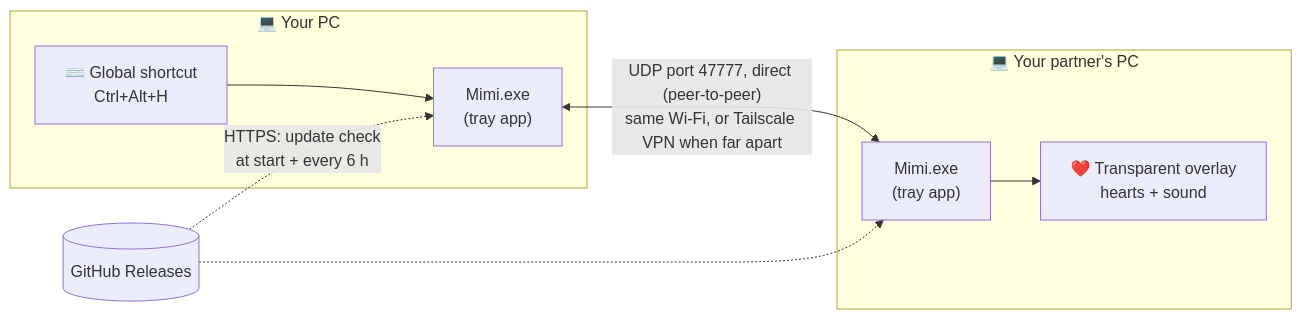
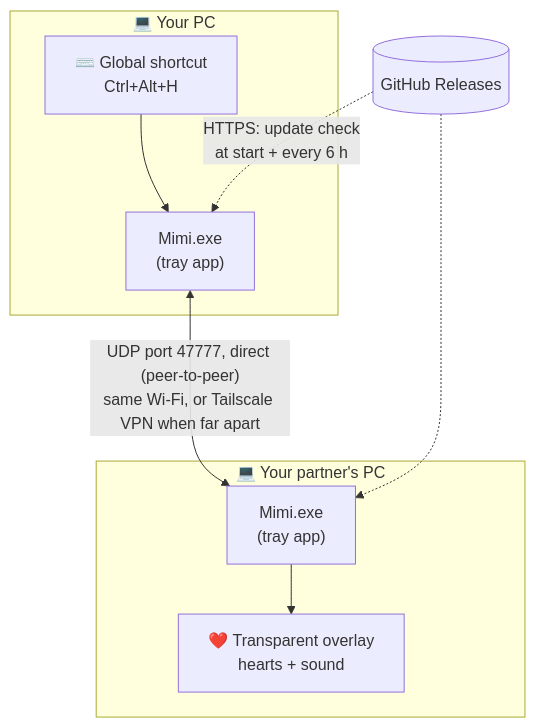
One commit to axel-gilbert/mimi changed the first of 3 diagrams in README.md. Above: the diagram before and after it, drawn with Mermaid.

Commit message:
README: vertical infrastructure diagram for readability

````diff
--- a/README.md
+++ b/README.md
@@ -79,12 +79,12 @@
 ```mermaid
-flowchart LR
+flowchart TB
     subgraph A["💻 Your PC"]
         K["⌨️ Global shortcut<br/>Ctrl+Alt+H"] --> M1["Mimi.exe<br/>(tray app)"]
     end
     subgraph B["💻 Your partner's PC"]
         M2["Mimi.exe<br/>(tray app)"] --> O["❤️ Transparent overlay<br/>hearts + sound"]
     end
     M1 <-->|"UDP port 47777, direct (peer-to-peer)<br/>same Wi-Fi, or Tailscale VPN when far apart"| M2
     G[("GitHub Releases")] -.->|"HTTPS: update check<br/>at start + every 6 h"| M1
     G -.-> M2
 ```
````
